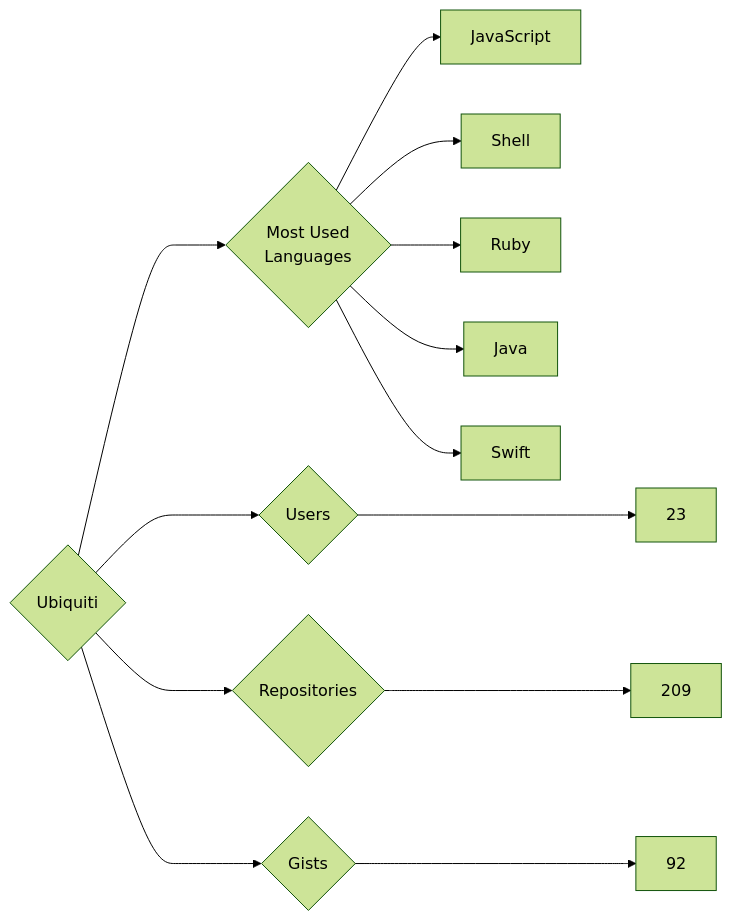
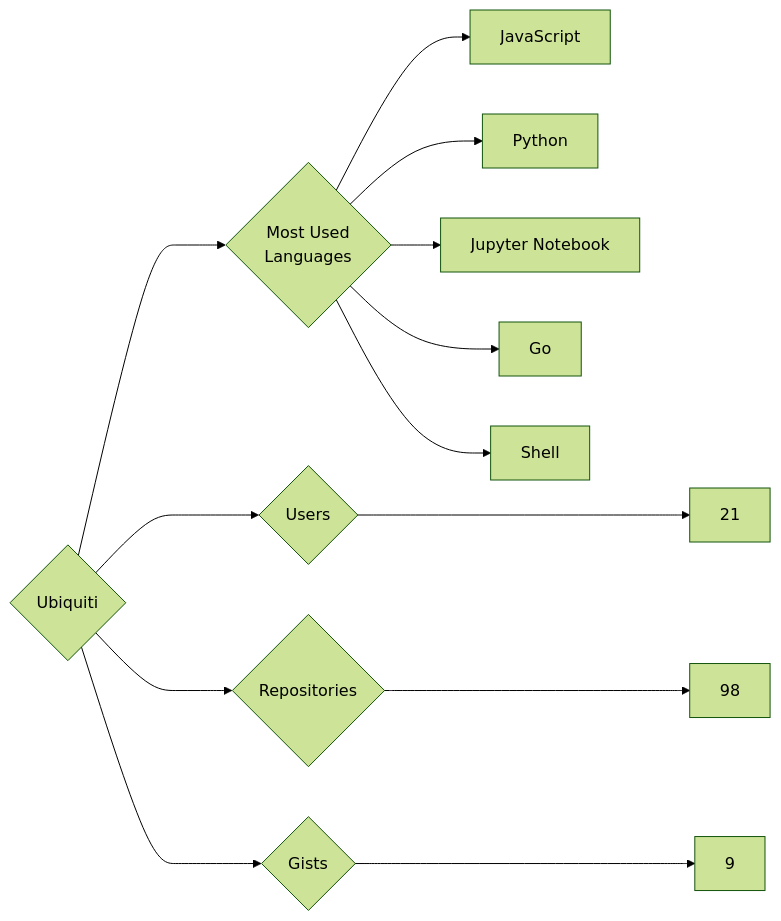
One commit to trickest/insiders changed the diagram in targets/Ubiquiti/README.md. Above: the diagram before and after it, drawn with Mermaid (forest theme). The commit also changed 939 other files, not shown here.

````diff
--- a/targets/Ubiquiti/README.md
+++ b/targets/Ubiquiti/README.md
@@ -3,13 +3,13 @@
 ```mermaid
 graph LR
 COMPANY_NAME{Ubiquiti}
-COMPANY_NAME ---> U{Users} ---> UN[23]
-COMPANY_NAME ---> R{Repositories} ---> RN[209]
-COMPANY_NAME ---> G{Gists} ---> GN[92]
+COMPANY_NAME ---> U{Users} ---> UN[21]
+COMPANY_NAME ---> R{Repositories} ---> RN[98]
+COMPANY_NAME ---> G{Gists} ---> GN[9]
 COMPANY_NAME ---> ML{Most Used<br>Languages}
 ML --> JavaScript[JavaScript]
+ML --> Python[Python]
+ML --> Jupyter_Notebook[Jupyter Notebook]
+ML --> Go[Go]
 ML --> Shell[Shell]
-ML --> Ruby[Ruby]
-ML --> Java[Java]
-ML --> Swift[Swift]
 ```
````
